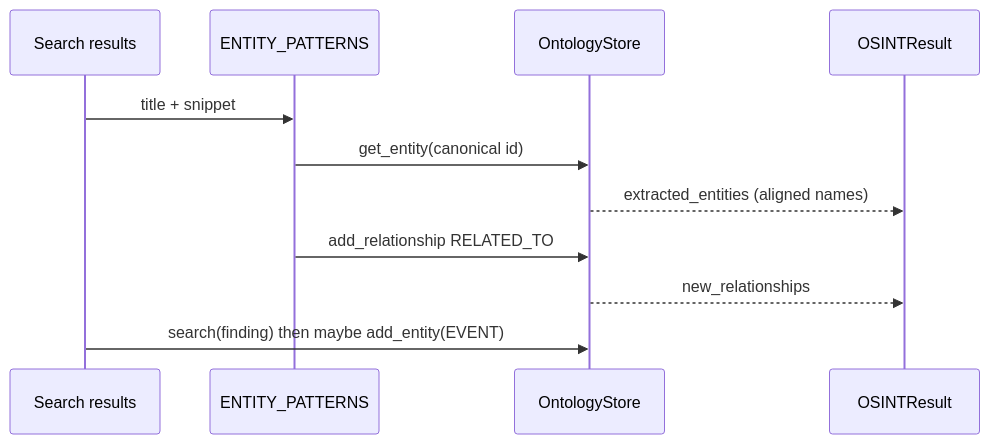
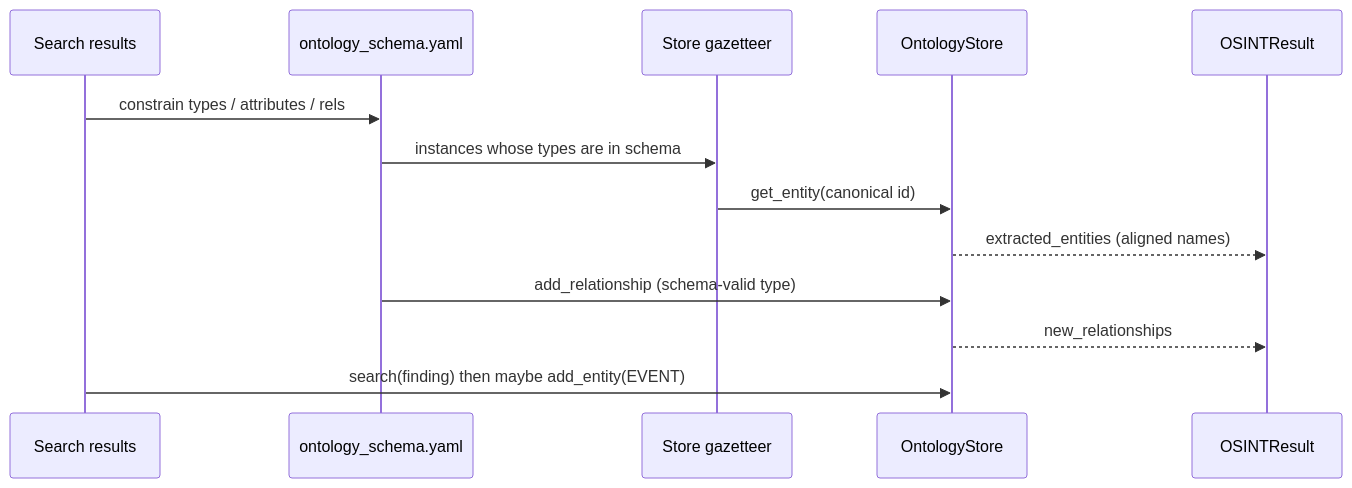
The fifth of 14 diagrams in README.md (fanqingsong/palantir-ontology-agents), drawn with Mermaid before and after one commit. The commit also changed other lines of this file and 5 other files, not shown here.

Commit message:
Extract OSINT entities against the YAML ontology schema instead of hardcoded aliases.

````diff
--- a/README.md
+++ b/README.md
@@ -154,14 +156,16 @@
 ```mermaid
 sequenceDiagram
   participant Web as Search results
-  participant Pat as ENTITY_PATTERNS
+  participant Schema as ontology_schema.yaml
+  participant Gaz as Store gazetteer
   participant Store as OntologyStore
   participant Out as OSINTResult
 
-  Web->>Pat: title + snippet
-  Pat->>Store: get_entity(canonical id)
+  Web->>Schema: constrain types / attributes / rels
+  Schema->>Gaz: instances whose types are in schema
+  Gaz->>Store: get_entity(canonical id)
   Store-->>Out: extracted_entities (aligned names)
-  Pat->>Store: add_relationship RELATED_TO
+  Schema->>Store: add_relationship (schema-valid type)
   Store-->>Out: new_relationships
   Web->>Store: search(finding) then maybe add_entity(EVENT)
 ```
````
